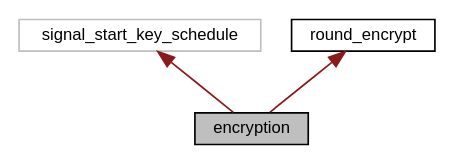
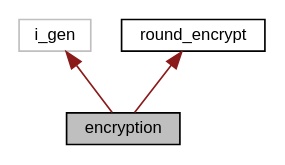
The diagram in d5/ddb/enumencryption__inherit__graph.dot (FlorianFrank/SPECK_Cipher_Verilog), drawn with Graphviz before and after one commit. The commit also changed 142 other files, not shown here.

```diff
--- a/d5/ddb/enumencryption__inherit__graph.dot
+++ b/d5/ddb/enumencryption__inherit__graph.dot
@@ -1,11 +1,11 @@
 digraph "encryption"
 {
  // INTERACTIVE_SVG=YES
   edge [fontname="Helvetica",fontsize="10",labelfontname="Helvetica",labelfontsize="10"];
   node [fontname="Helvetica",fontsize="10",shape=record];
   Node0 [label="encryption",height=0.2,width=0.4,color="black", fillcolor="grey75", style="filled", fontcolor="black"];
   Node1 -> Node0 [dir="back",color="firebrick4",fontsize="10",style="solid",fontname="Helvetica"];
-  Node1 [label="signal_start_key_schedule",height=0.2,width=0.4,color="grey75", fillcolor="white", style="filled"];
+  Node1 [label="i_gen",height=0.2,width=0.4,color="grey75", fillcolor="white", style="filled"];
   Node2 -> Node0 [dir="back",color="firebrick4",fontsize="10",style="solid",fontname="Helvetica"];
   Node2 [label="round_encrypt",height=0.2,width=0.4,color="black", fillcolor="white", style="filled",URL="$d8/d2b/enumround__encrypt.html"];
 }
```
